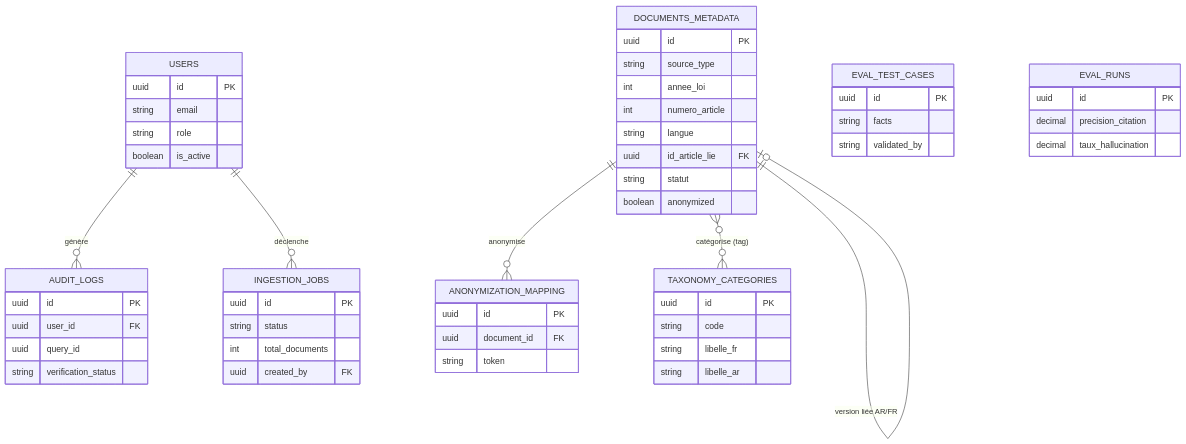
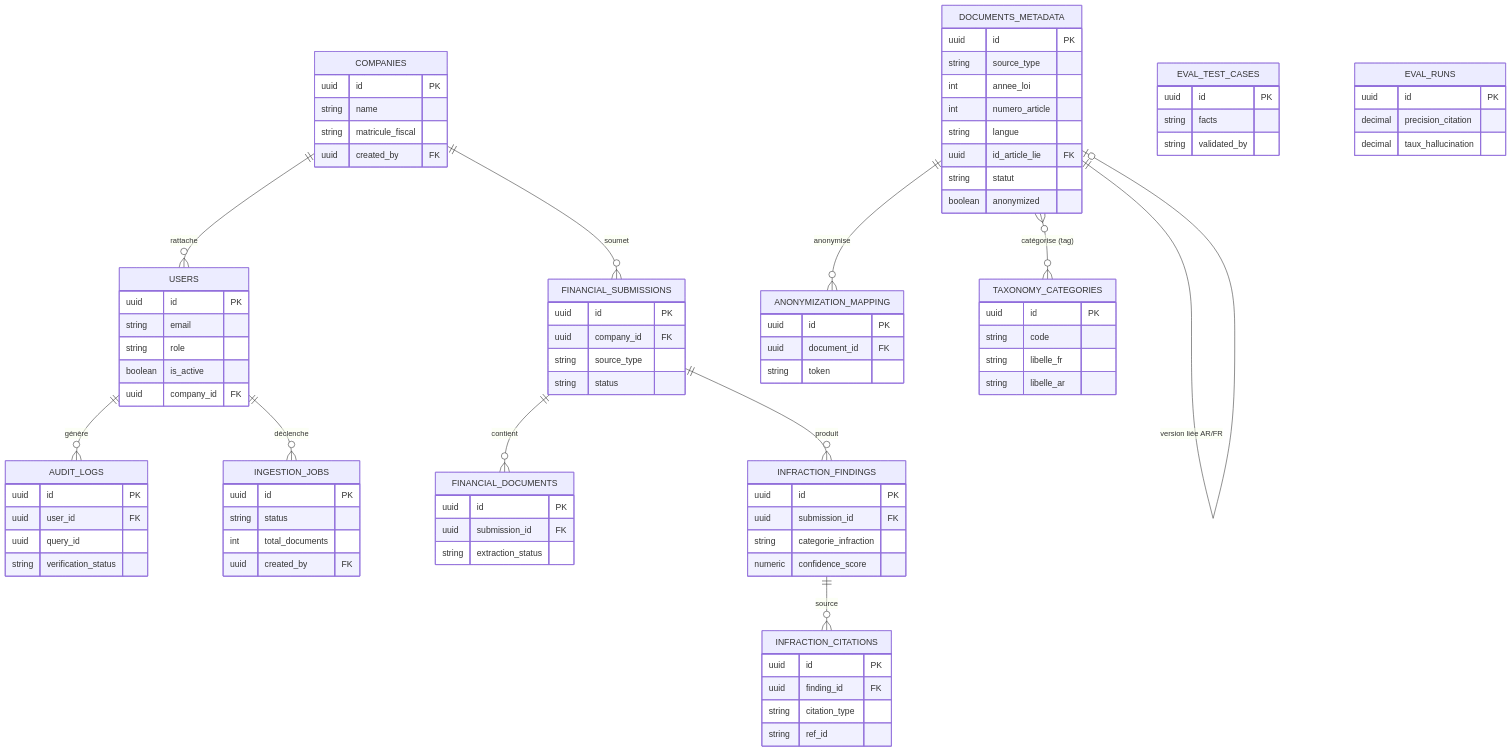
Before and after one commit to mbarek2002/fiscalmind: the first of 2 diagrams in DATA_SCHEMA.md, drawn with Mermaid. The commit also changed other lines of this file and 5 other files, not shown here.

```diff
--- a/DATA_SCHEMA.md
+++ b/DATA_SCHEMA.md
@@ -142,12 +226,47 @@
     DOCUMENTS_METADATA ||--o{ ANONYMIZATION_MAPPING : "anonymise"
     DOCUMENTS_METADATA }o--o{ TAXONOMY_CATEGORIES : "catégorise (tag)"
     DOCUMENTS_METADATA ||--o| DOCUMENTS_METADATA : "version liée AR/FR"
+    COMPANIES ||--o{ USERS : "rattache"
+    COMPANIES ||--o{ FINANCIAL_SUBMISSIONS : "soumet"
+    FINANCIAL_SUBMISSIONS ||--o{ FINANCIAL_DOCUMENTS : "contient"
+    FINANCIAL_SUBMISSIONS ||--o{ INFRACTION_FINDINGS : "produit"
+    INFRACTION_FINDINGS ||--o{ INFRACTION_CITATIONS : "source"
 
     USERS {
         uuid id PK
         string email
         string role
         boolean is_active
+        uuid company_id FK
+    }
+    COMPANIES {
+        uuid id PK
+        string name
+        string matricule_fiscal
+        uuid created_by FK
+    }
+    FINANCIAL_SUBMISSIONS {
+        uuid id PK
+        uuid company_id FK
+        string source_type
+        string status
+    }
+    FINANCIAL_DOCUMENTS {
+        uuid id PK
+        uuid submission_id FK
+        string extraction_status
+    }
+    INFRACTION_FINDINGS {
+        uuid id PK
+        uuid submission_id FK
+        string categorie_infraction
+        numeric confidence_score
+    }
+    INFRACTION_CITATIONS {
+        uuid id PK
+        uuid finding_id FK
+        string citation_type
+        string ref_id
     }
     DOCUMENTS_METADATA {
         uuid id PK
```
